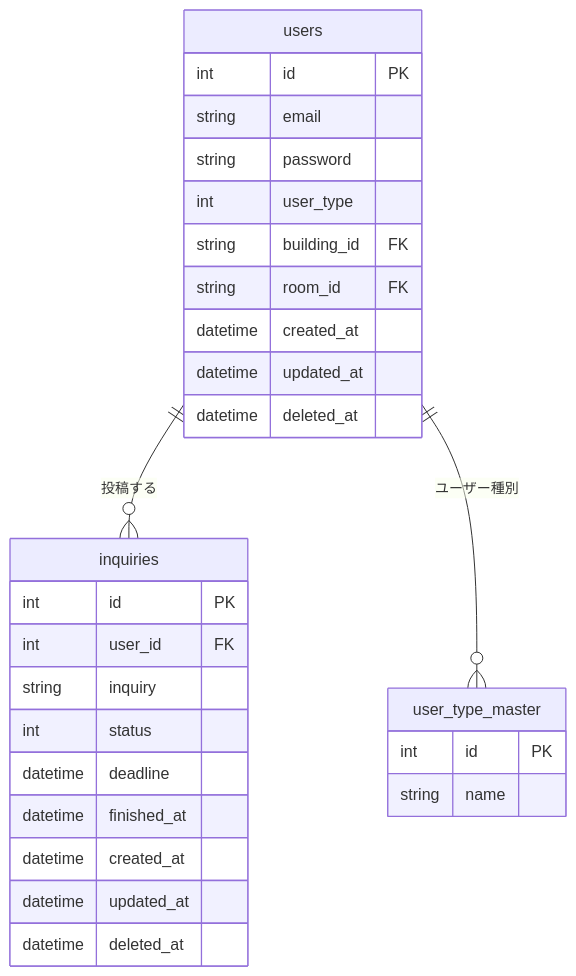
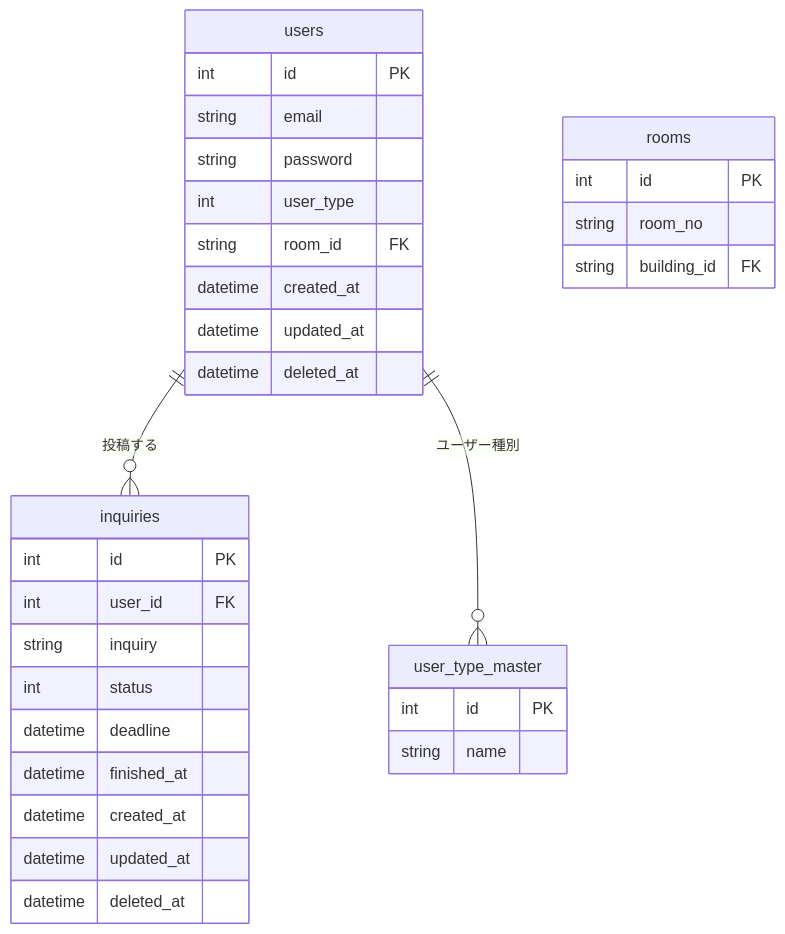
The diagram in db_design/db_design.md (rictusempra52/APIkadai), drawn with Mermaid before and after one commit. The commit also changed 1 other file, not shown here.

Commit message:
ちょい修正

````diff
--- a/db_design/db_design.md
+++ b/db_design/db_design.md
@@ -3,35 +3,40 @@
 ```mermaid
 erDiagram
 
 users ||--o{ inquiries : "投稿する"
 users ||--o{ user_type_master : "ユーザー種別"
 
 users {
     int id PK
     string email
     string  password
     int user_type
-    string building_id FK
     string room_id FK
     datetime created_at
     datetime updated_at
     datetime deleted_at
+}
+
+rooms {
+    int id PK
+    string room_no
+    string building_id FK
 }
 
 inquiries {
     int id PK
     int user_id FK
     string inquiry
     int status
     datetime deadline
     datetime finished_at
     datetime created_at
     datetime updated_at
     datetime deleted_at
 }
 
 user_type_master {
     int id PK
     string name
 }
 ```
````
